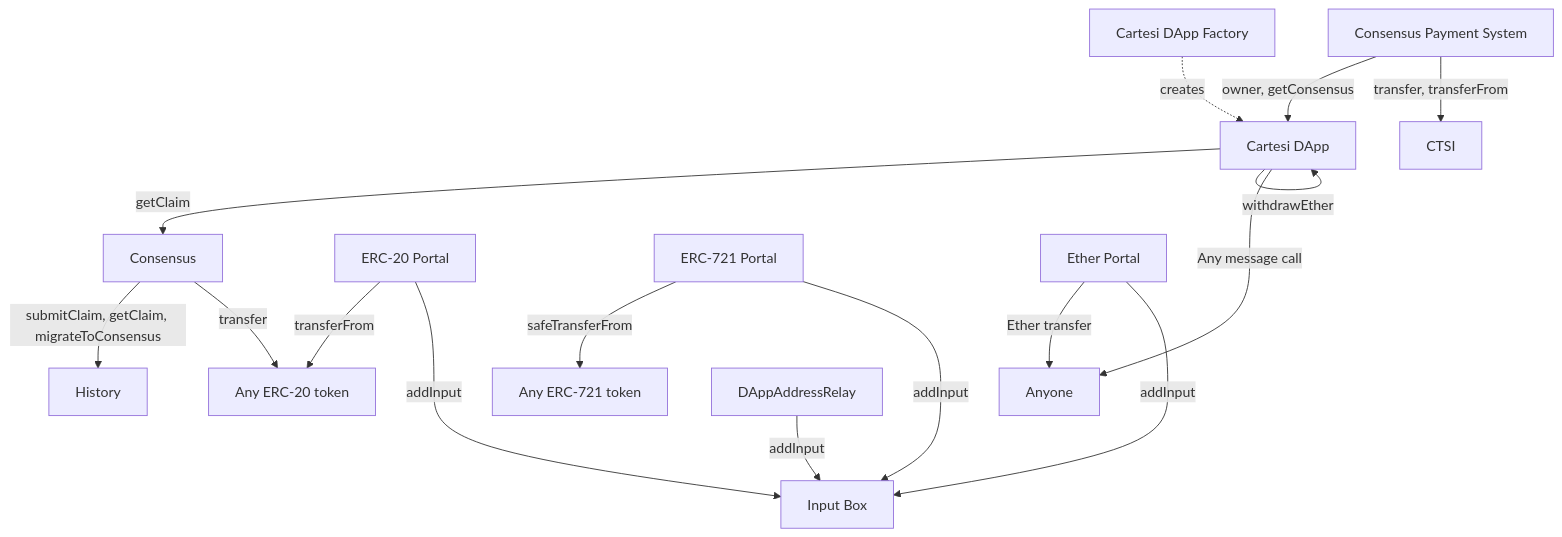
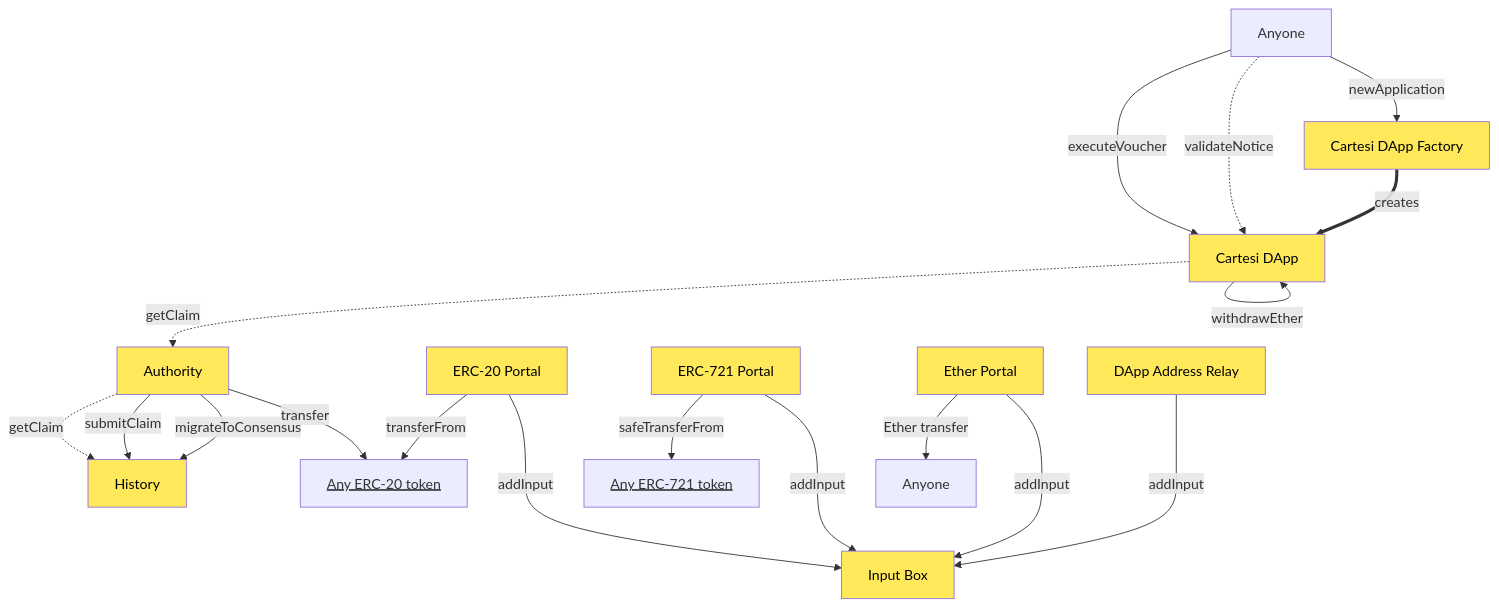
One commit to dapp-dragonxmlp09/rollups-contracts changed the diagram in README.md. Above: the diagram before and after it, drawn with Mermaid. The commit also changed other lines of this file, not shown here.

Commit message:
docs: add text about asset withdrawal

````diff
--- a/README.md
+++ b/README.md
@@ -23,22 +23,36 @@
 ```mermaid
 graph TD
-    InputBox[Input Box]
-    CartesiDApp[Cartesi DApp] -- getClaim --> Consensus
-    CartesiDApp -- "Any message call" ---> Anyone
+    classDef core fill:#ffe95a,color:#000
+    classDef hasLink text-decoration: underline
+
+    InputBox[Input Box]:::core
+    CartesiDApp[Cartesi DApp]:::core
+    CartesiDAppFactory[Cartesi DApp Factory]:::core
+    Authority:::core
+    History:::core
+    ERC20Portal[ERC-20 Portal]:::core
+    ERC721Portal[ERC-721 Portal]:::core
+    EtherPortal[Ether Portal]:::core
+    DAppAddressRelay[DApp Address Relay]:::core
+
+    Anyone1[Anyone] -- executeVoucher --> CartesiDApp
+    Anyone1 -. validateNotice .-> CartesiDApp
+    Anyone1 -- newApplication --> CartesiDAppFactory
+    CartesiDApp -. getClaim .-> Authority
     CartesiDApp -- withdrawEther --> CartesiDApp
-    CartesiDAppFactory[Cartesi DApp Factory] -. creates .-> CartesiDApp
-    Consensus -- submitClaim, getClaim, migrateToConsensus --> History
-    Consensus -- transfer --> ERC20
-    CPS[Consensus Payment System] -- owner, getConsensus --> CartesiDApp
-    CPS -- transfer, transferFrom --> CTSI
-    ERC20Portal[ERC-20 Portal] -- transferFrom --> ERC20[Any ERC-20 token]
+    CartesiDAppFactory == creates ==> CartesiDApp
+    Authority -. getClaim .-> History
+    Authority -- submitClaim --> History
+    Authority -- migrateToConsensus --> History
+    Authority -- transfer --> ERC20
+    ERC20Portal -- transferFrom --> ERC20[Any ERC-20 token]:::hasLink
     ERC20Portal -- addInput ---> InputBox
-    ERC721Portal[ERC-721 Portal] -- safeTransferFrom --> ERC721[Any ERC-721 token]
+    ERC721Portal -- safeTransferFrom --> ERC721[Any ERC-721 token]:::hasLink
     ERC721Portal -- addInput ---> InputBox
-    EtherPortal[Ether Portal] -- "Ether transfer" --> Anyone
+    EtherPortal -- "Ether transfer" --> Anyone
     EtherPortal -- addInput ---> InputBox
-    DAppAddressRelay -- addInput --> InputBox
+    DAppAddressRelay -- addInput ---> InputBox
+
     click ERC20 href "https://eips.ethereum.org/EIPS/eip-20"
     click ERC721 href "https://eips.ethereum.org/EIPS/eip-721"
-    click CTSI href "https://cartesi.io/en/ctsi-token"
 ```
````
